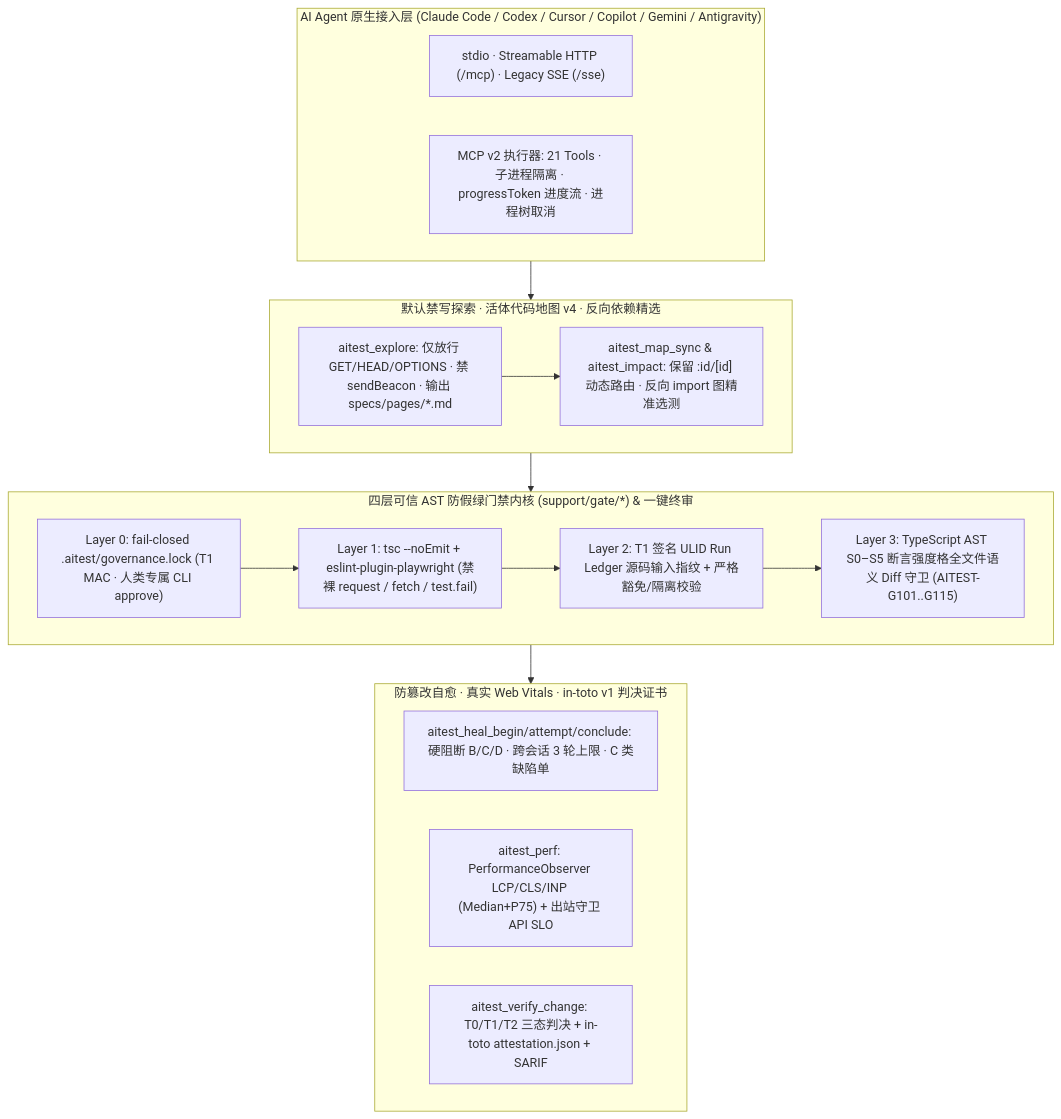
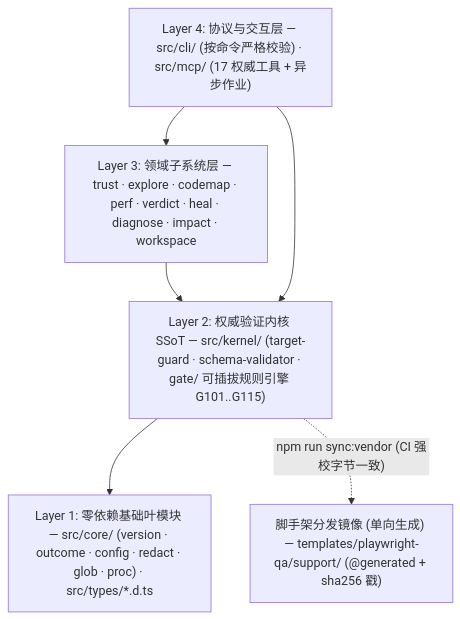
The diagram in README.md (seaworld008/ai-test-workbench), drawn with Mermaid before and after one commit. The commit also changed other lines of this file and 124 other files, not shown here.

````diff
--- a/README.md
+++ b/README.md
@@ -86,29 +84,12 @@
 ```mermaid
 flowchart TB
-    subgraph AGENT["AI Agent 原生接入层 (Claude Code / Codex / Cursor / Copilot / Gemini / Antigravity)"]
-        A1["stdio · Streamable HTTP (/mcp) · Legacy SSE (/sse)"]
-        A2["MCP v2 执行器: 21 Tools · 子进程隔离 · progressToken 进度流 · 进程树取消"]
-    end
+    L4["Layer 4: 协议与交互层 — src/cli/ (按命令严格校验) · src/mcp/ (17 权威工具 + 异步作业)"]
+    L3["Layer 3: 领域子系统层 — trust · explore · codemap · perf · verdict · heal · diagnose · impact · workspace"]
+    L2["Layer 2: 权威验证内核 SSoT — src/kernel/ (target-guard · schema-validator · gate/ 可插拔规则引擎 G101..G115)"]
+    L1["Layer 1: 零依赖基础叶模块 — src/core/ (version · outcome · config · redact · glob · proc) · src/types/*.d.ts"]
+    TPL["脚手架分发镜像 (单向生成) — templates/playwright-qa/support/ (@generated + sha256 戳)"]
 
-    subgraph BRAIN["默认禁写探索 · 活体代码地图 v4 · 反向依赖精选"]
-        K1["aitest_explore: 仅放行 GET/HEAD/OPTIONS · 禁 sendBeacon · 输出 specs/pages/*.md"]
-        K2["aitest_map_sync & aitest_impact: 保留 :id/[id] 动态路由 · 反向 import 图精准选测"]
-        K1 --> K2
-    end
-
-    subgraph KERNEL["四层可信 AST 防假绿门禁内核 (support/gate/*) & 一键终审"]
-        G0["Layer 0: fail-closed .aitest/governance.lock (T1 MAC · 人类专属 CLI approve)"]
-        G1["Layer 1: tsc --noEmit + eslint-plugin-playwright (禁裸 request / fetch / test.fail)"]
-        G2["Layer 2: T1 签名 ULID Run Ledger 源码输入指纹 + 严格豁免/隔离校验"]
-        G3["Layer 3: TypeScript AST S0–S5 断言强度格全文件语义 Diff 守卫 (AITEST-G101..G115)"]
-        G0 --> G1 --> G2 --> G3
-    end
-
-    subgraph VERDICT["防篡改自愈 · 真实 Web Vitals · in-toto v1 判决证书"]
-        V1["aitest_heal_begin/attempt/conclude: 硬阻断 B/C/D · 跨会话 3 轮上限 · C 类缺陷单"]
-        V2["aitest_perf: PerformanceObserver LCP/CLS/INP (Median+P75) + 出站守卫 API SLO"]
-        V3["aitest_verify_change: T0/T1/T2 三态判决 + in-toto attestation.json + SARIF"]
-    end
-
-    AGENT --> BRAIN --> KERNEL --> VERDICT
+    L4 --> L3 --> L2 --> L1
+    L4 --> L2
+    L2 -. "npm run sync:vendor (CI 强校字节一致)" .-> TPL
 ```
````
